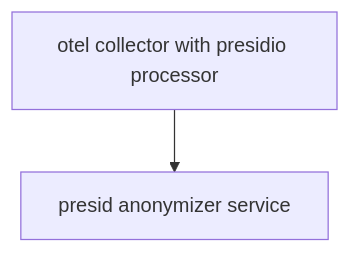
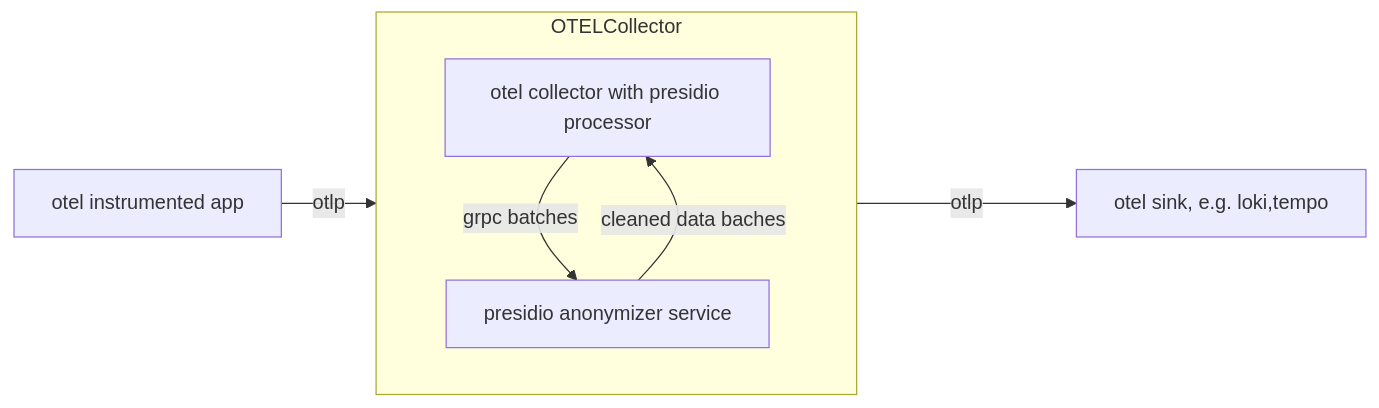
One commit to mxab/otel-presidio changed the diagram in README.md. Above: the diagram before and after it, drawn with Mermaid. The commit also changed 1 other file, not shown here.

````diff
--- a/README.md
+++ b/README.md
@@ -16,5 +16,10 @@
 ```mermaid
-graph TD
-    A[otel collector with presidio processor] --> B[ presid anonymizer service]
+graph LR
+    subgraph OTELCollector
+        B[otel collector with presidio processor] -- grpc batches --> C[ presidio anonymizer service]
+        C -- cleaned data baches --> B
+    end
+    A[otel instrumented app] -- otlp --> OTELCollector
+    OTELCollector -- otlp ----> D[otel sink, e.g. loki,tempo]
     
 ```
````
